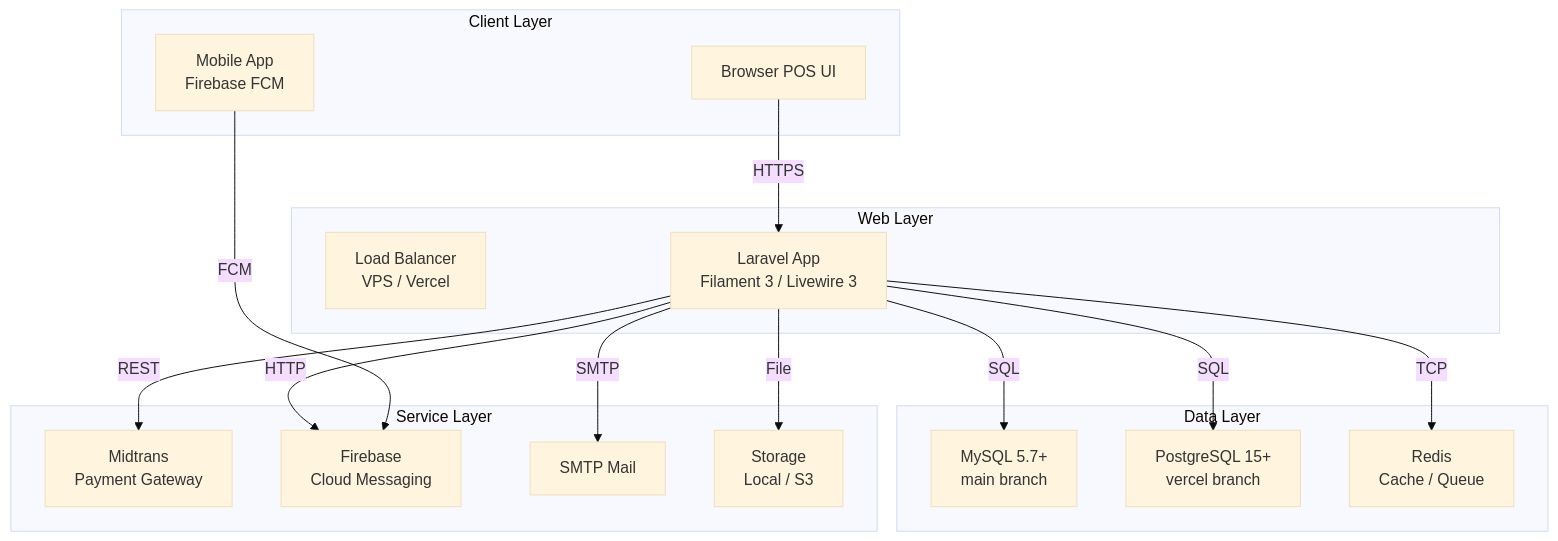
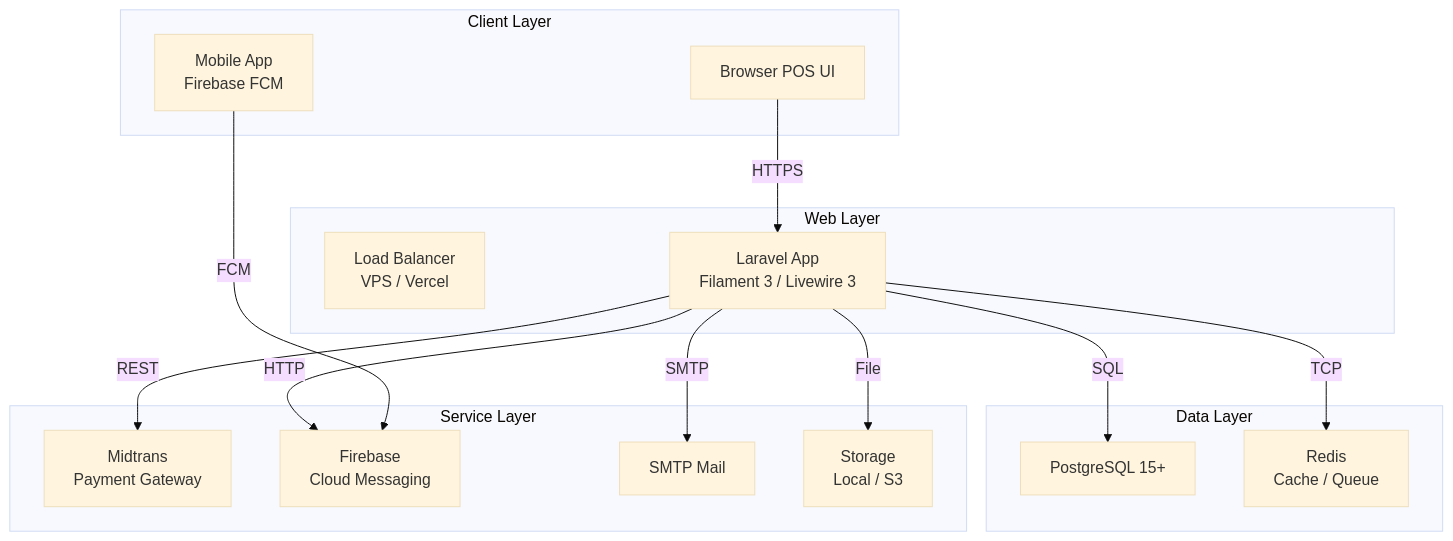
One commit to argasokataman-code/zonaKasir changed the first of 5 diagrams in docs/architecture/OVERVIEW.md. Above: the diagram before and after it, drawn with Mermaid (base theme). The commit also changed other lines of this file and 7 other files, not shown here.

First line of the commit message:
chore: remove MySQL entirely — PostgreSQL only

````diff
--- a/docs/architecture/OVERVIEW.md
+++ b/docs/architecture/OVERVIEW.md
@@ -9,35 +9,33 @@
 ```mermaid
 graph TB
     subgraph Client["Client Layer"]
         B[Browser POS UI]
         M[Mobile App<br/>Firebase FCM]
     end
 
     subgraph Web["Web Layer"]
         LB[Load Balancer<br/>VPS / Vercel]
         A[Laravel App<br/>Filament 3 / Livewire 3]
     end
 
     subgraph Services["Service Layer"]
         MP[Midtrans<br/>Payment Gateway]
         FB[Firebase<br/>Cloud Messaging]
         SMTP[SMTP Mail]
         S3[Storage<br/>Local / S3]
     end
 
     subgraph DB["Data Layer"]
-        DB_M[MySQL 5.7+<br/>main branch]
-        DB_P[PostgreSQL 15+<br/>vercel branch]
+        DB_P[PostgreSQL 15+]
         RD[Redis<br/>Cache / Queue]
     end
 
     B -->|HTTPS| A
     M -->|FCM| FB
     A -->|REST| MP
     A -->|HTTP| FB
     A -->|SMTP| SMTP
-    A -->|SQL| DB_M
     A -->|SQL| DB_P
     A -->|TCP| RD
     A -->|File| S3
 ```
````
